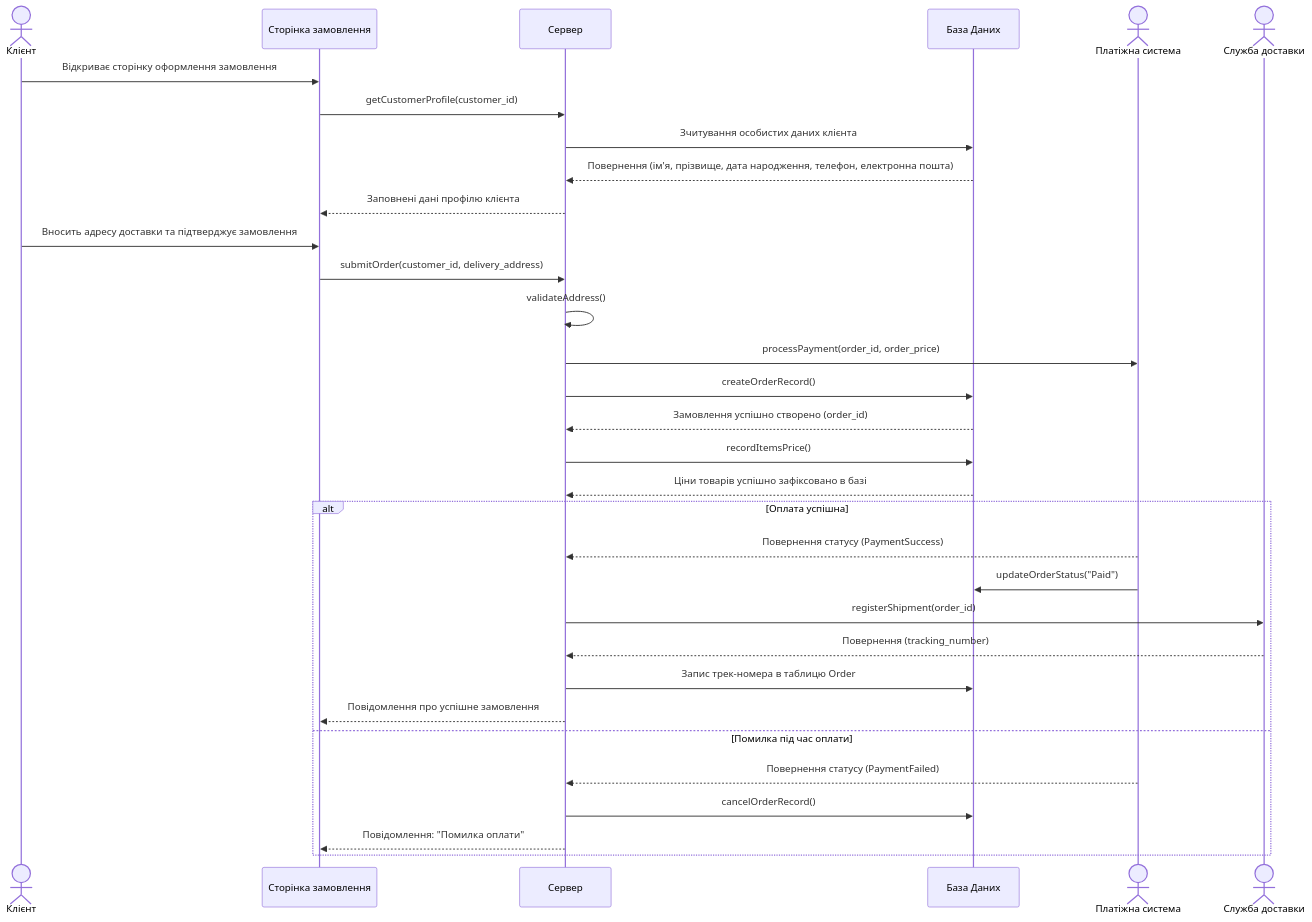
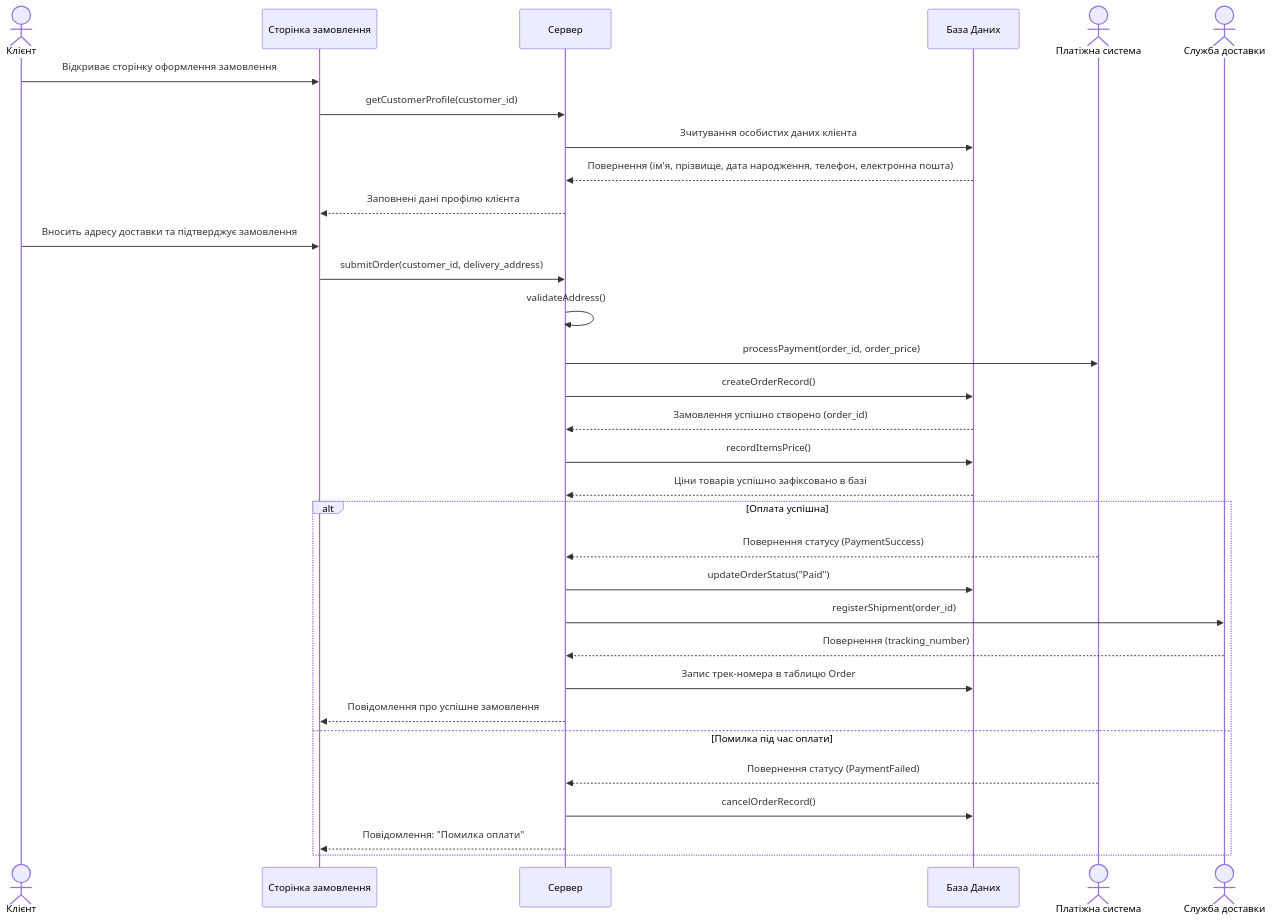
One commit to sofiisunn/KPI changed the diagram in sequence.md. Above: the diagram before and after it, drawn with Mermaid.

Commit message:
Fix updateOrderStatus call in sequence.md

````diff
--- a/sequence.md
+++ b/sequence.md
@@ -1,41 +1,41 @@
 ```mermaid
 sequenceDiagram
     actor Customer as Клієнт
     participant CheckoutPage as Сторінка замовлення
     participant OrderController as Сервер
     participant Database as База Даних
     actor PaymentService as Платіжна система
     actor DeliveryService as Служба доставки 
 
     Customer->>CheckoutPage: Відкриває сторінку оформлення замовлення
     CheckoutPage->>OrderController: getCustomerProfile(customer_id)
     OrderController->>Database: Зчитування особистих даних клієнта
     Database-->>OrderController: Повернення (ім'я, прізвище, дата народження, телефон, електронна пошта)
     OrderController-->>CheckoutPage: Заповнені дані профілю клієнта
 
     Customer->>CheckoutPage: Вносить адресу доставки та підтверджує замовлення
     CheckoutPage->>OrderController: submitOrder(customer_id, delivery_address)
     
     OrderController->>OrderController: validateAddress()
     OrderController->>PaymentService: processPayment(order_id, order_price)
     
     OrderController->>Database: createOrderRecord()
     Database-->>OrderController: Замовлення успішно створено (order_id)
     OrderController->>Database: recordItemsPrice()
     Database-->>OrderController: Ціни товарів успішно зафіксовано в базі
 
     alt Оплата успішна
         PaymentService-->>OrderController: Повернення статусу (PaymentSuccess)
-        PaymentService->>Database: updateOrderStatus("Paid")
+        OrderController->>Database: updateOrderStatus("Paid")
         
         OrderController->>DeliveryService: registerShipment(order_id)
         DeliveryService-->>OrderController: Повернення (tracking_number)
         OrderController->>Database: Запис трек-номера в таблицю Order
         OrderController-->>CheckoutPage: Повідомлення про успішне замовлення
 
     else Помилка під час оплати
         PaymentService-->>OrderController: Повернення статусу (PaymentFailed)
         OrderController->>Database: cancelOrderRecord()
         OrderController-->>CheckoutPage: Повідомлення: "Помилка оплати"
     end
 ```
````
